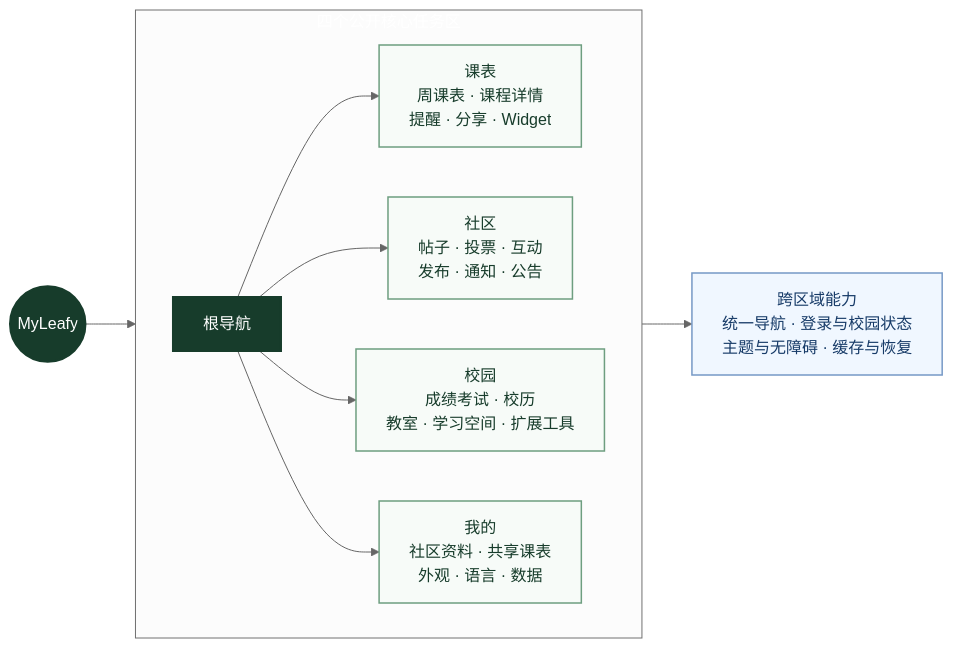
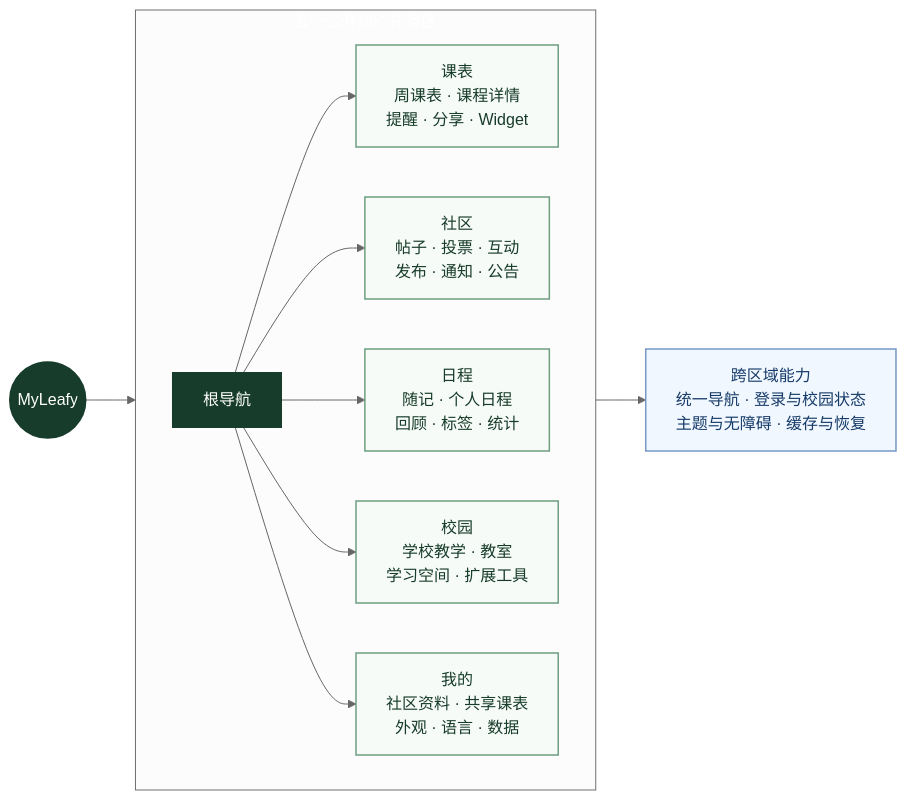
One commit to IsaacHuo/MyLeafy changed the diagram in docs/design/app-design.md. Above: the diagram before and after it, drawn with Mermaid (neutral theme). The commit also changed other lines of this file and 7 other files, not shown here.

Commit message:
docs(schedule): document memo hub information architecture

````diff
--- a/docs/design/app-design.md
+++ b/docs/design/app-design.md
@@ -34,21 +34,22 @@
 ```mermaid
 flowchart LR
     App(("MyLeafy")) --> Nav["根导航"]
 
-    subgraph Tasks["四个公开核心任务区"]
+    subgraph Tasks["五个公开核心任务区"]
         direction LR
         Nav --> Timetable["课表<br/>周课表 · 课程详情<br/>提醒 · 分享 · Widget"]
         Nav --> Community["社区<br/>帖子 · 投票 · 互动<br/>发布 · 通知 · 公告"]
-        Nav --> Campus["校园<br/>成绩考试 · 校历<br/>教室 · 学习空间 · 扩展工具"]
+        Nav --> Schedule["日程<br/>随记 · 个人日程<br/>回顾 · 标签 · 统计"]
+        Nav --> Campus["校园<br/>学校教学 · 教室<br/>学习空间 · 扩展工具"]
         Nav --> Profile["我的<br/>社区资料 · 共享课表<br/>外观 · 语言 · 数据"]
     end
 
     Nav --> Shared["跨区域能力<br/>统一导航 · 登录与校园状态<br/>主题与无障碍 · 缓存与恢复"]
 
     classDef root fill:#173C2B,stroke:#173C2B,color:#FFFFFF,stroke-width:2px;
     classDef area fill:#F7FBF8,stroke:#6E9E80,color:#173C2B,stroke-width:1.5px;
     classDef shared fill:#F0F7FF,stroke:#7699C6,color:#173B68,stroke-width:1.5px;
     class App,Nav root;
-    class Timetable,Community,Campus,Profile area;
+    class Timetable,Community,Schedule,Campus,Profile area;
     class Shared shared;
 ```
````
